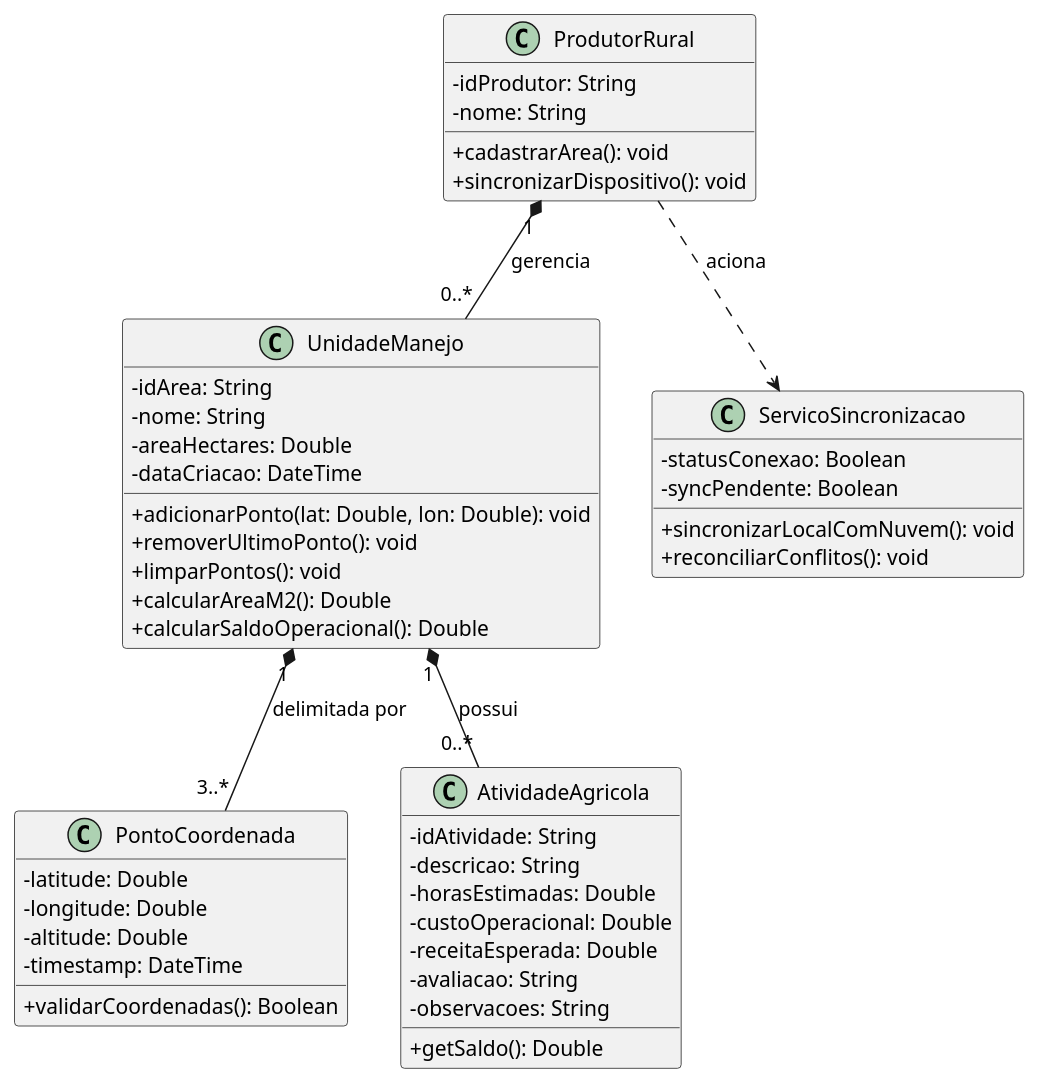
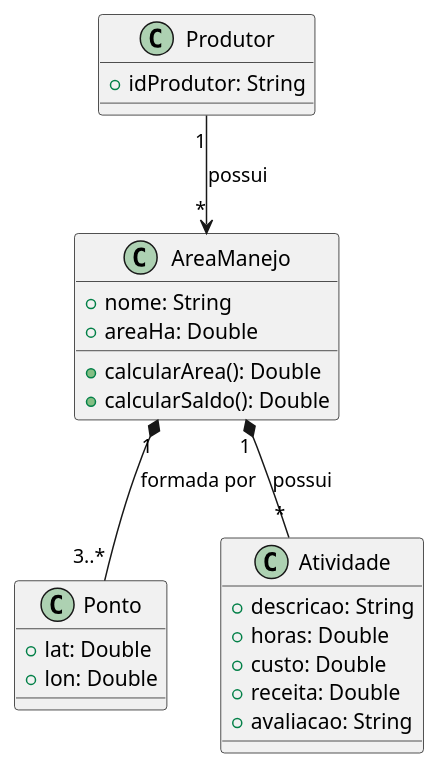
The second of 5 diagrams in DOCUMENTACAO_E_RELATORIO_TECNICO.md (heduardowitkoski/CMA_manejo_rural), drawn with PlantUML before and after one commit. The commit also changed other lines of this file, not shown here.

````diff
--- a/DOCUMENTACAO_E_RELATORIO_TECNICO.md
+++ b/DOCUMENTACAO_E_RELATORIO_TECNICO.md
@@ -134,55 +79,31 @@
 ```plantuml
 @startuml
-skinparam classAttributeIconSize 0
-
-class ProdutorRural {
-    - idProdutor: String
-    - nome: String
-    + cadastrarArea(): void
-    + sincronizarDispositivo(): void
+class Produtor {
+    +idProdutor: String
 }
 
-class UnidadeManejo {
-    - idArea: String
-    - nome: String
-    - areaHectares: Double
-    - dataCriacao: DateTime
-    + adicionarPonto(lat: Double, lon: Double): void
-    + removerUltimoPonto(): void
-    + limparPontos(): void
-    + calcularAreaM2(): Double
-    + calcularSaldoOperacional(): Double
+class AreaManejo {
+    +nome: String
+    +areaHa: Double
+    +calcularArea(): Double
+    +calcularSaldo(): Double
 }
 
-class PontoCoordenada {
-    - latitude: Double
-    - longitude: Double
-    - altitude: Double
-    - timestamp: DateTime
-    + validarCoordenadas(): Boolean
+class Ponto {
+    +lat: Double
+    +lon: Double
 }
 
-class AtividadeAgricola {
-    - idAtividade: String
-    - descricao: String
-    - horasEstimadas: Double
-    - custoOperacional: Double
-    - receitaEsperada: Double
-    - avaliacao: String
-    - observacoes: String
-    + getSaldo(): Double
+class Atividade {
+    +descricao: String
+    +horas: Double
+    +custo: Double
+    +receita: Double
+    +avaliacao: String
 }
 
-class ServicoSincronizacao {
-    - statusConexao: Boolean
-    - syncPendente: Boolean
-    + sincronizarLocalComNuvem(): void
-    + reconciliarConflitos(): void
-}
-
-ProdutorRural "1" *-- "0..*" UnidadeManejo : gerencia
-UnidadeManejo "1" *-- "3..*" PontoCoordenada : delimitada por
-UnidadeManejo "1" *-- "0..*" AtividadeAgricola : possui
-ProdutorRural ..> ServicoSincronizacao : aciona
+Produtor "1" --> "*" AreaManejo : possui
+AreaManejo "1" *-- "3..*" Ponto : formada por
+AreaManejo "1" *-- "*" Atividade : possui
 @enduml
 ```
````
